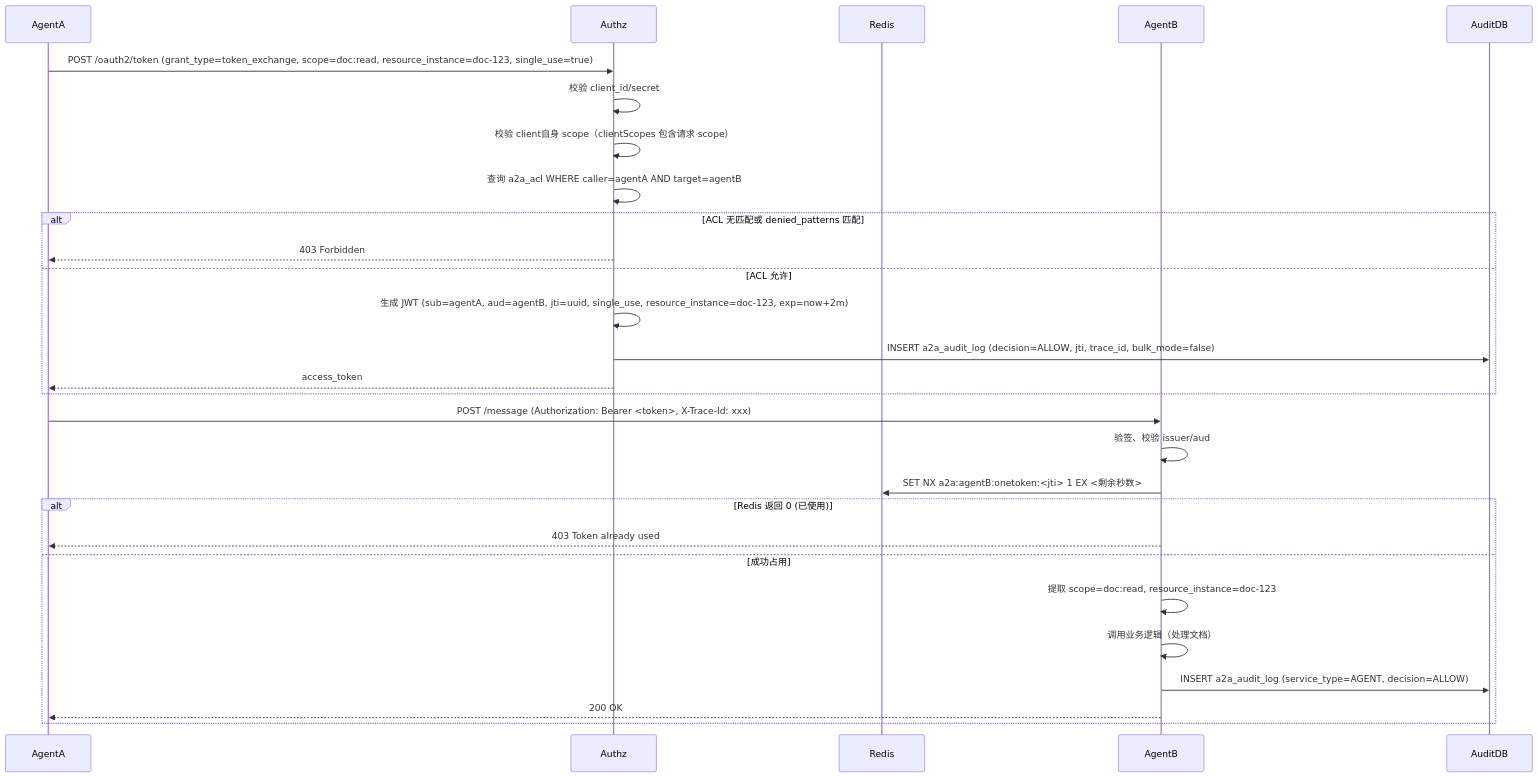
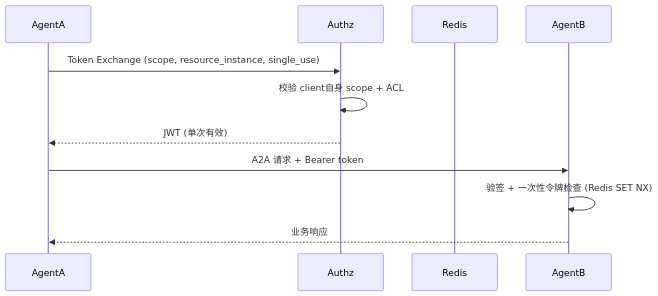
One commit to latcn/developer-knowledge changed the first of 5 diagrams in security/A2A 权限系统架构设计文档.md. Above: the diagram before and after it, drawn with Mermaid. The commit also changed other lines of this file, not shown here.

````diff
--- a/security/A2A 权限系统架构设计文档.md
+++ b/security/A2A 权限系统架构设计文档.md
@@ -1055,31 +1194,14 @@
 ```mermaid
 sequenceDiagram
     participant AgentA
     participant Authz
     participant Redis
     participant AgentB
-    participant AuditDB
 
-    AgentA->>Authz: POST /oauth2/token (grant_type=token_exchange, scope=doc:read, resource_instance=doc-123, single_use=true)
-    Authz->>Authz: 校验 client_id/secret
-    Authz->>Authz: 校验 client自身 scope（clientScopes 包含请求 scope）
-    Authz->>Authz: 查询 a2a_acl WHERE caller=agentA AND target=agentB
-    alt ACL 无匹配或 denied_patterns 匹配
-        Authz-->>AgentA: 403 Forbidden
-    else ACL 允许
-        Authz->>Authz: 生成 JWT (sub=agentA, aud=agentB, jti=uuid, single_use, resource_instance=doc-123, exp=now+2m)
-        Authz->>AuditDB: INSERT a2a_audit_log (decision=ALLOW, jti, trace_id, bulk_mode=false)
-        Authz-->>AgentA: access_token
-    end
-    AgentA->>AgentB: POST /message (Authorization: Bearer <token>, X-Trace-Id: xxx)
-    AgentB->>AgentB: 验签、校验 issuer/aud
-    AgentB->>Redis: SET NX a2a:agentB:onetoken:<jti> 1 EX <剩余秒数>
-    alt Redis 返回 0 (已使用)
-        AgentB-->>AgentA: 403 Token already used
-    else 成功占用
-        AgentB->>AgentB: 提取 scope=doc:read, resource_instance=doc-123
-        AgentB->>AgentB: 调用业务逻辑（处理文档）
-        AgentB->>AuditDB: INSERT a2a_audit_log (service_type=AGENT, decision=ALLOW)
-        AgentB-->>AgentA: 200 OK
-    end
+    AgentA->>Authz: Token Exchange (scope, resource_instance, single_use)
+    Authz->>Authz: 校验 client自身 scope + ACL
+    Authz-->>AgentA: JWT (单次有效)
+    AgentA->>AgentB: A2A 请求 + Bearer token
+    AgentB->>AgentB: 验签 + 一次性令牌检查 (Redis SET NX)
+    AgentB-->>AgentA: 业务响应
 ```
````
